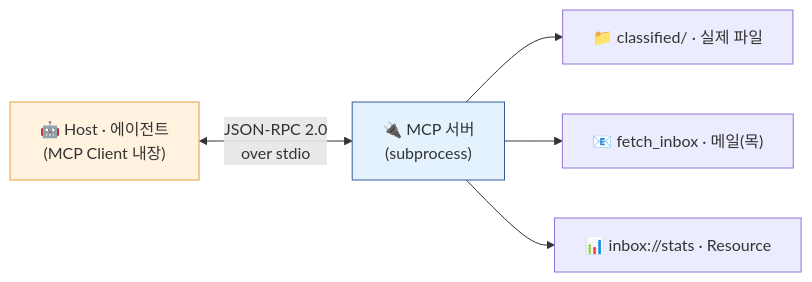
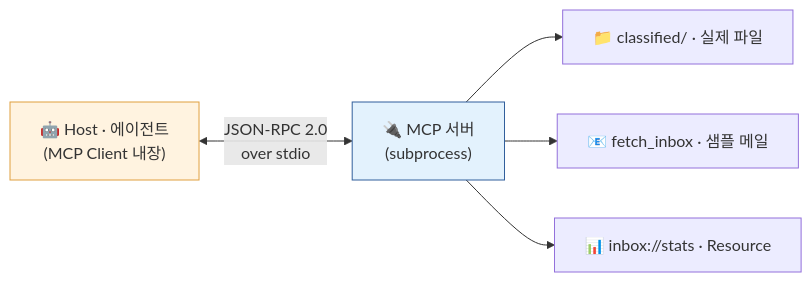
One commit to Yo-sure/deepagents-handson changed the third of 6 diagrams in books/md/Chapter 4. Skills와 MCP 연계.md. Above: the diagram before and after it, drawn with Mermaid. The commit also changed other lines of this file and 26 other files, not shown here.

````diff
--- a/books/md/Chapter 4. Skills와 MCP 연계.md
+++ b/books/md/Chapter 4. Skills와 MCP 연계.md
@@ -289,10 +311,10 @@
 ```mermaid
 flowchart LR
     H["🤖 Host · 에이전트<br/>(MCP Client 내장)"]
     H <-->|"JSON-RPC 2.0<br/>over stdio"| S["🔌 MCP 서버<br/>(subprocess)"]
     S --> F["📁 classified/ · 실제 파일"]
-    S --> M["📧 fetch_inbox · 메일(목)"]
+    S --> M["📧 fetch_inbox · 샘플 메일"]
     S --> R["📊 inbox://stats · Resource"]
     style H fill:#fff3e0,stroke:#e09f3e
     style S fill:#e3f2fd,stroke:#315f9c
 ```
````
